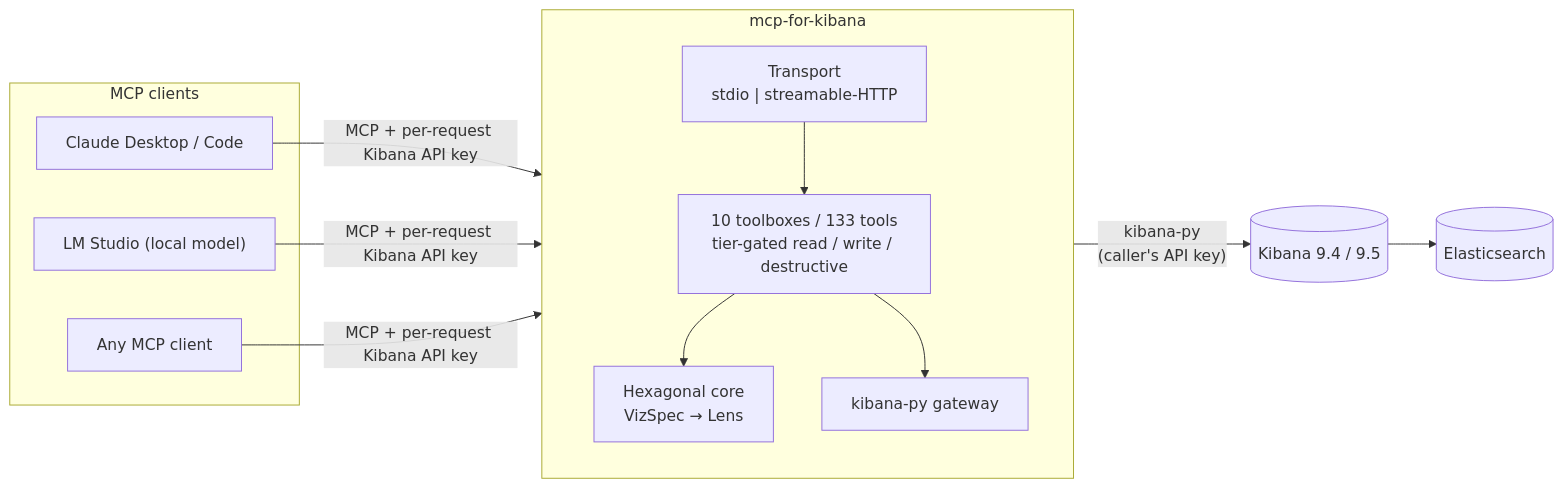
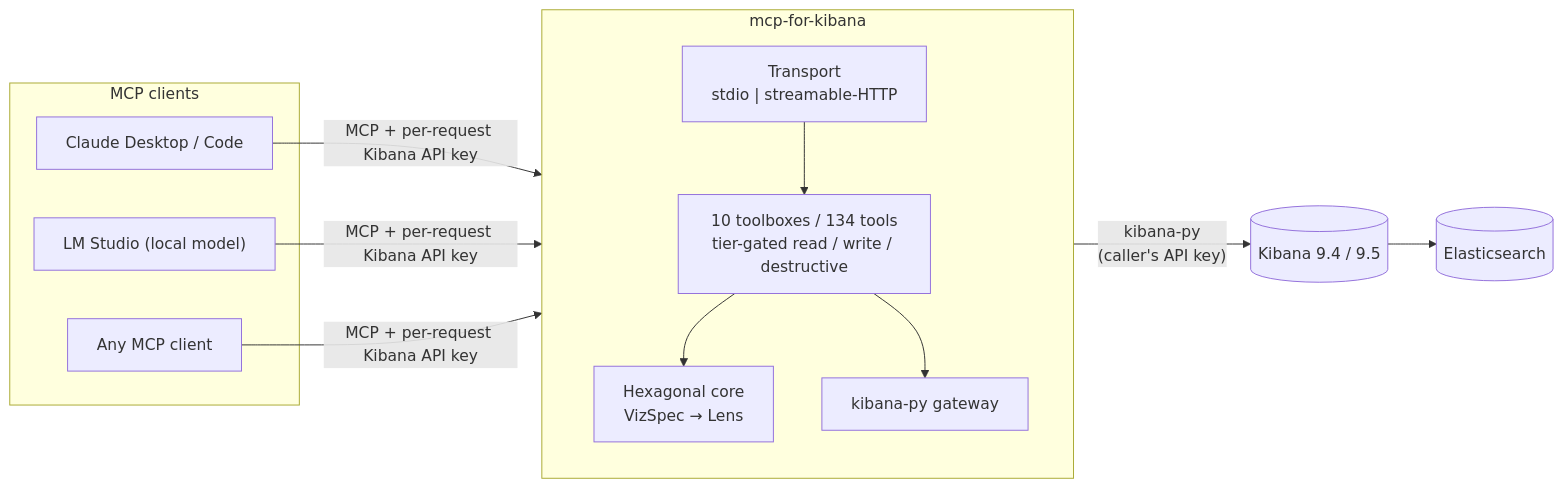
The first of 4 diagrams in docs/architecture.md (pedro-angel/mcp-for-kibana), drawn with Mermaid before and after one commit. The commit also changed other lines of this file and 17 other files, not shown here.

````diff
--- a/docs/architecture.md
+++ b/docs/architecture.md
@@ -14,23 +14,23 @@
 ```mermaid
 flowchart LR
     subgraph clients["MCP clients"]
         Claude["Claude Desktop / Code"]
         LMS["LM Studio (local model)"]
         Other["Any MCP client"]
     end
     subgraph server["mcp-for-kibana"]
         direction TB
         Transport["Transport<br/>stdio | streamable-HTTP"]
-        Toolboxes["10 toolboxes / 133 tools<br/>tier-gated read / write / destructive"]
+        Toolboxes["10 toolboxes / 134 tools<br/>tier-gated read / write / destructive"]
         Core["Hexagonal core<br/>VizSpec → Lens"]
         Gateway["kibana-py gateway"]
         Transport --> Toolboxes --> Core
         Toolboxes --> Gateway
     end
     ES[("Elasticsearch")]
     Kibana[("Kibana 9.4 / 9.5")]
 
     Claude & LMS & Other -->|"MCP + per-request Kibana API key"| Transport
     Gateway -->|"kibana-py<br/>(caller's API key)"| Kibana
     Kibana --> ES
 ```
````
